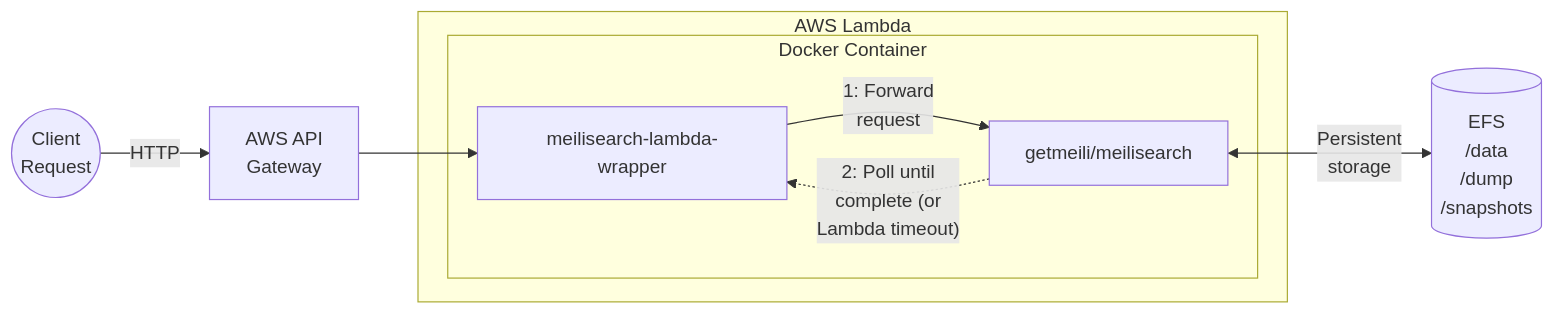
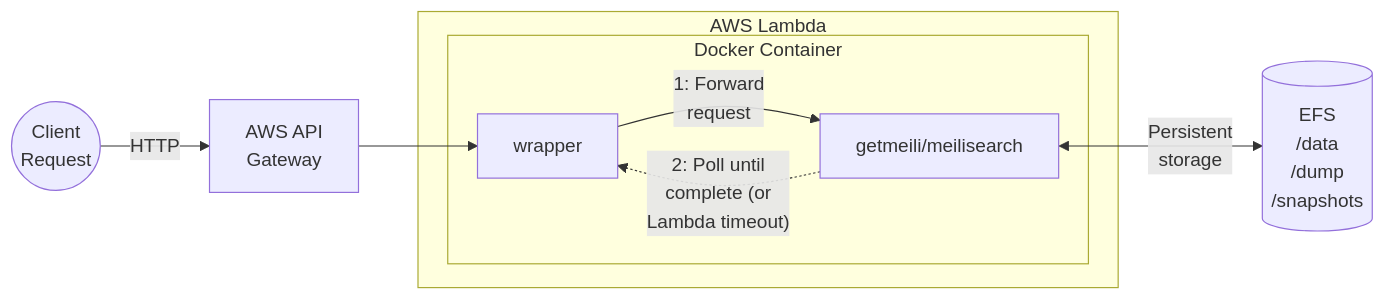
The diagram in README.md (alchemaxinc/meilisearch-lambda-wrapper), drawn with Mermaid before and after one commit. The commit also changed 6 other files, not shown here.

````diff
--- a/README.md
+++ b/README.md
@@ -5,14 +5,14 @@
 ```mermaid
 flowchart LR
     Request(("Client<br/>Request")) -->|HTTP| Gateway["AWS API<br/>Gateway"]
     Gateway --> Wrapper
 
     subgraph Lambda["AWS Lambda"]
         subgraph Docker["Docker Container"]
-            Wrapper["meilisearch-lambda-wrapper"] -->|"1: Forward<br/>request"| Meili["getmeili/meilisearch"]
+            Wrapper["wrapper"] -->|"1: Forward<br/>request"| Meili["getmeili/meilisearch"]
             Meili -.->|"2: Poll until<br/>complete (or<br/>Lambda timeout)"| Wrapper
         end
     end
 
     Meili <-->|"Persistent<br/>storage"| EFS[("EFS<br/>/data<br/>/dump<br/>/snapshots")]
 ```
````
